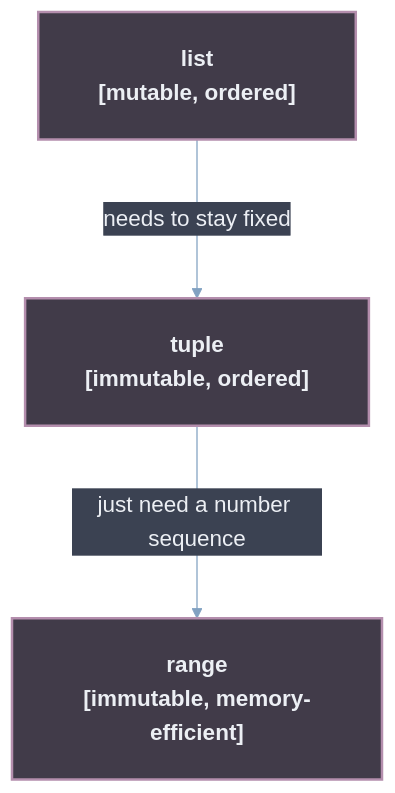
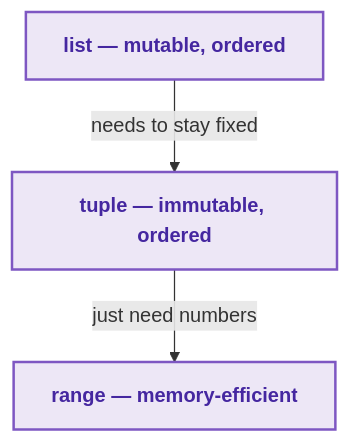
Before and after one commit to maliksiddiq/learning-agentic-ai: the fourth of 6 diagrams in 01_ Python_For_ Agentic_ Ai/01 Data types/Readme.md, drawn with Mermaid. The commit also changed other lines of this file, not shown here.

````diff
--- a/01_ Python_For_ Agentic_ Ai/01 Data types/Readme.md
+++ b/01_ Python_For_ Agentic_ Ai/01 Data types/Readme.md
@@ -511,9 +436,8 @@
 ```mermaid
-%%{init: {'theme': 'base', 'themeVariables': {'background': '#2E3440', 'primaryColor': '#3B4252', 'primaryTextColor': '#ECEFF4', 'primaryBorderColor': '#B48EAD', 'lineColor': '#81A1C1', 'edgeLabelBackground': '#3B4252', 'fontSize': '18px', 'fontFamily': 'Segoe UI, Arial, sans-serif'}, 'flowchart': {'useMaxWidth': true, 'htmlLabels': true, 'nodeSpacing': 60, 'rankSpacing': 100, 'curve': 'basis', 'padding': 24}} }%%
 flowchart TD
-    L["list<br>[mutable, ordered]"] -->|"needs to stay fixed"| T["tuple<br>[immutable, ordered]"]
-    T -->|"just need a number sequence"| R["range<br>[immutable, memory-efficient]"]
+    L["list — mutable, ordered"] -->|"needs to stay fixed"| T["tuple — immutable, ordered"]
+    T -->|"just need numbers"| R["range — memory-efficient"]
 
-    classDef seq fill:#413B49,color:#ECEFF4,stroke:#B48EAD,stroke-width:2px,font-weight:600
+    classDef seq fill:#EDE7F6,color:#4527A0,stroke:#7E57C2,stroke-width:2px,font-weight:bold
     class L,T,R seq
 ```
````
